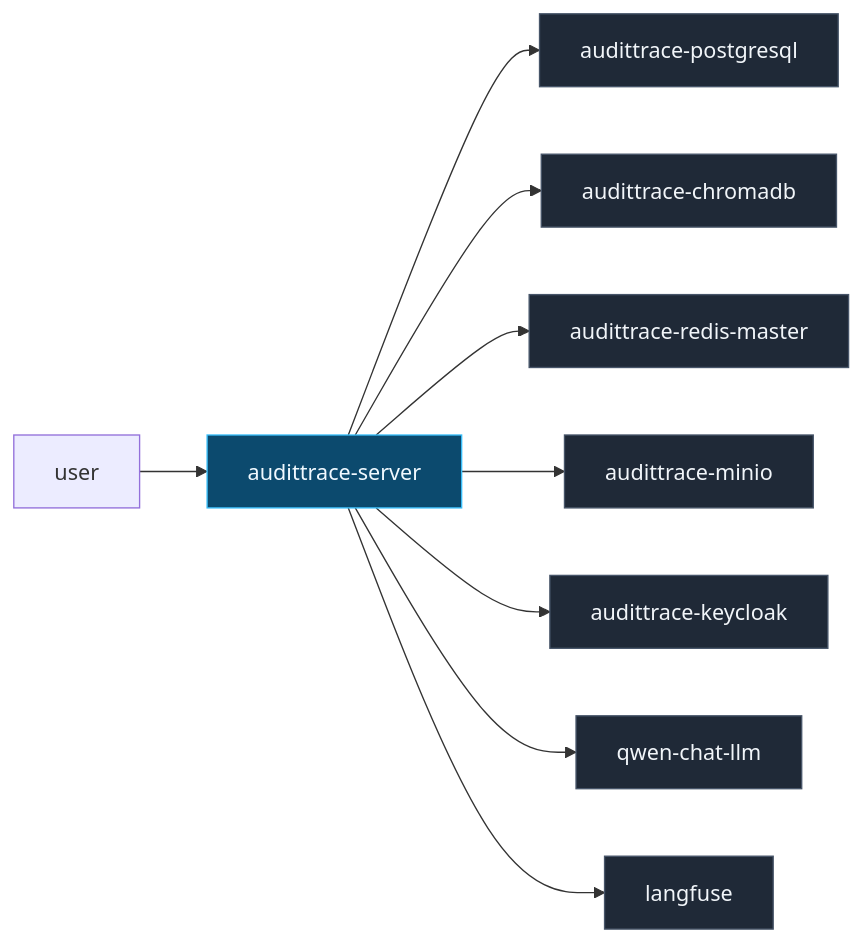
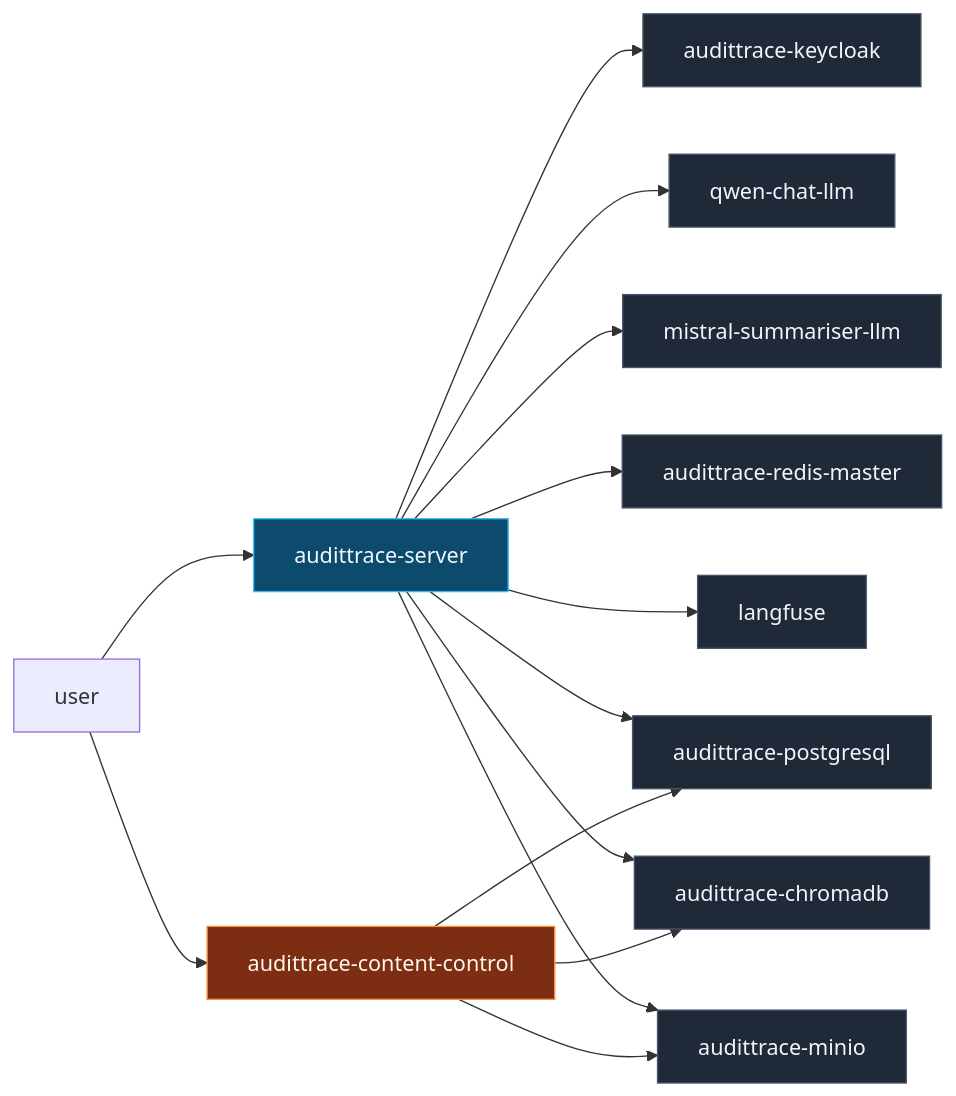
The third of 4 diagrams in docs/reconstructibility-walkthrough.md (lfdesousa/AuditTrace-AI), drawn with Mermaid before and after one commit. The commit also changed other lines of this file and 9 other files, not shown here.

````diff
--- a/docs/reconstructibility-walkthrough.md
+++ b/docs/reconstructibility-walkthrough.md
@@ -259,16 +276,23 @@
 ```mermaid
 flowchart LR
     U["user"] --> S["audittrace-server"]
+    U --> CC["audittrace-content-control"]
+    S --> K["audittrace-keycloak"]
+    S --> Q["qwen-chat-llm"]
+    S --> MS["mistral-summariser-llm"]
+    S --> R["audittrace-redis-master"]
+    S --> LF["langfuse"]
     S --> PG["audittrace-postgresql"]
     S --> CH["audittrace-chromadb"]
-    S --> R["audittrace-redis-master"]
     S --> M["audittrace-minio"]
-    S --> K["audittrace-keycloak"]
-    S --> Q["qwen-chat-llm"]
-    S --> LF["langfuse"]
+    CC --> PG
+    CC --> M
+    CC --> CH
 
     classDef server fill:#0c4a6e,stroke:#38bdf8,color:#f0f9ff
+    classDef scanner fill:#7c2d12,stroke:#fb923c,color:#fff7ed
     classDef peer fill:#1f2937,stroke:#475569,color:#f1f5f9
     class S server
-    class PG,CH,R,M,K,Q,LF peer
+    class CC scanner
+    class PG,CH,R,M,K,Q,MS,LF peer
 ```
````
